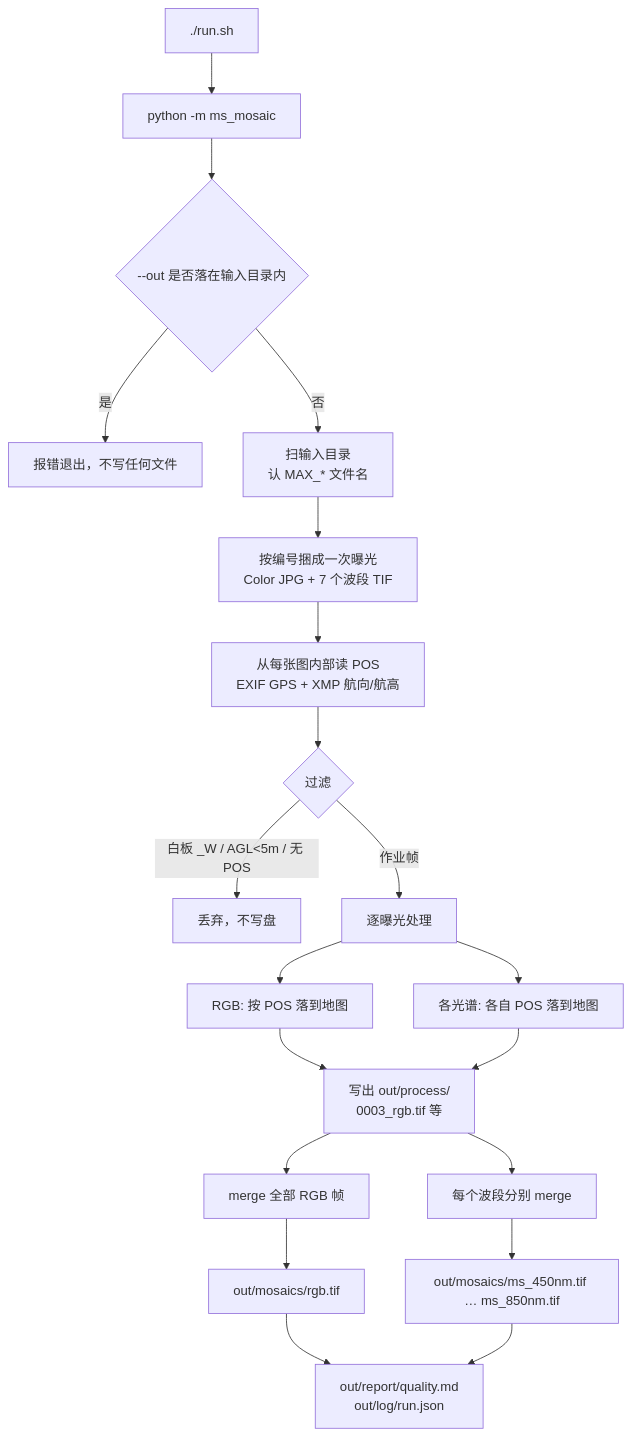
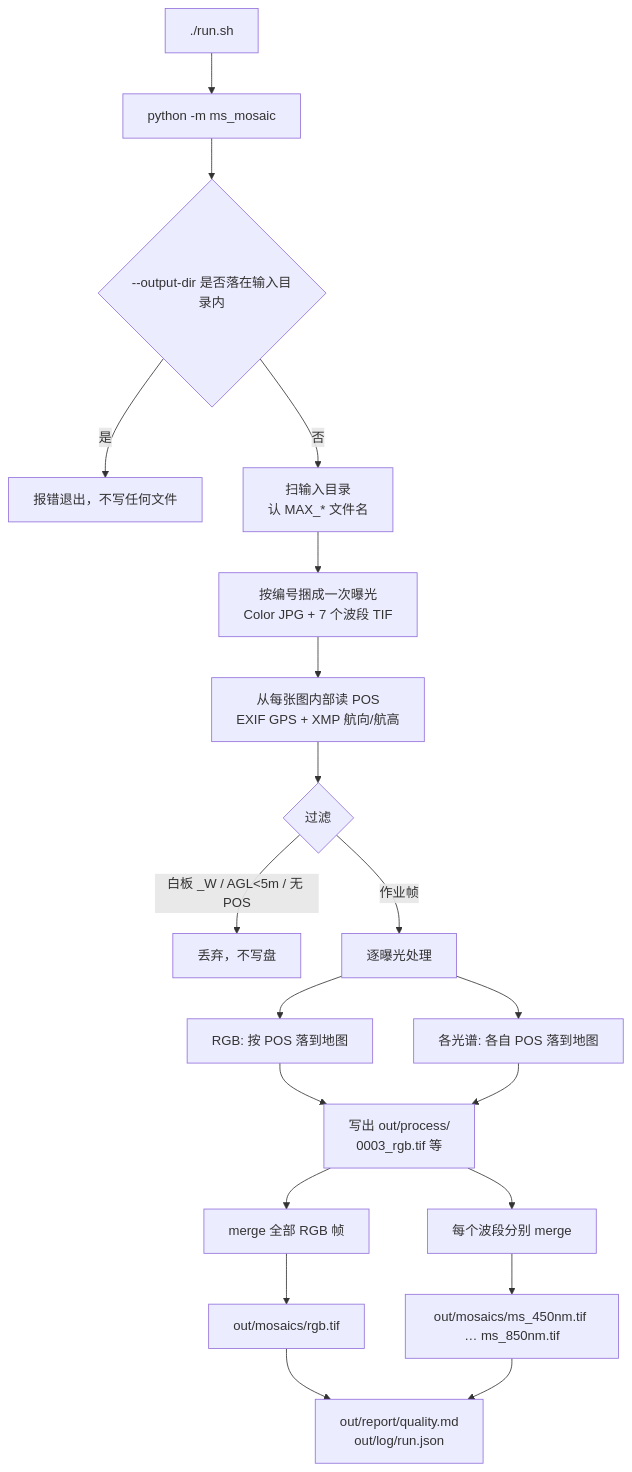
One commit to spjiang/spectrum changed the first of 3 diagrams in algorithm/projects/数据融合/prod/server/worker/执行流程.md. Above: the diagram before and after it, drawn with Mermaid. The commit also changed other lines of this file and 27 other files, not shown here.

````diff
--- a/algorithm/projects/数据融合/prod/server/worker/执行流程.md
+++ b/algorithm/projects/数据融合/prod/server/worker/执行流程.md
@@ -9,24 +9,24 @@
 ```mermaid
 flowchart TB
   start["./run.sh"] --> cli["python -m ms_mosaic"]
-  cli --> guard{"--out 是否落在输入目录内"}
+  cli --> guard{"--output-dir 是否落在输入目录内"}
   guard -->|是| stop["报错退出，不写任何文件"]
   guard -->|否| scan["扫输入目录<br/>认 MAX_* 文件名"]
 
   scan --> parse["按编号捆成一次曝光<br/>Color JPG + 7 个波段 TIF"]
   parse --> pos["从每张图内部读 POS<br/>EXIF GPS + XMP 航向/航高"]
   pos --> filt{"过滤"}
   filt -->|"白板 _W / AGL&lt;5m / 无 POS"| drop["丢弃，不写盘"]
   filt -->|作业帧| loop["逐曝光处理"]
 
   loop --> rgb["RGB: 按 POS 落到地图"]
   loop --> ms["各光谱: 各自 POS 落到地图"]
   rgb --> proc["写出 out/process/<br/>0003_rgb.tif 等"]
   ms --> proc
   proc --> mergeRgb["merge 全部 RGB 帧"]
   proc --> mergeMs["每个波段分别 merge"]
   mergeRgb --> mosaics["out/mosaics/rgb.tif"]
   mergeMs --> mosaics2["out/mosaics/ms_450nm.tif … ms_850nm.tif"]
   mosaics --> report["out/report/quality.md<br/>out/log/run.json"]
   mosaics2 --> report
 ```
````
